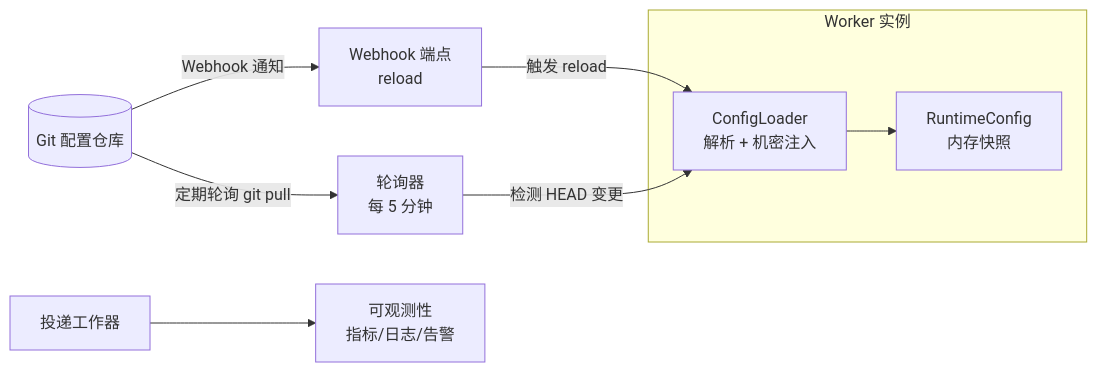
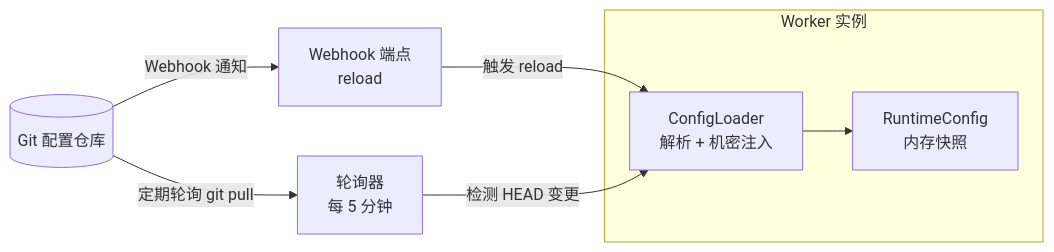
Before and after one commit to xnslong/rc_xnslong: diagram 12 of 20 in doc/requirements/202605-notification-design-hld.md, drawn with Mermaid. The commit also changed other lines of this file and 27 other files, not shown here.

````diff
--- a/doc/requirements/202605-notification-design-hld.md
+++ b/doc/requirements/202605-notification-design-hld.md
@@ -574,16 +627,16 @@
 ```mermaid
 flowchart LR
     GIT[(Git 配置仓库)] -->|Webhook 通知| WEB[Webhook 端点<br/>reload]
     GIT -->|定期轮询 git pull| POLL[轮询器<br/>每 5 分钟]
 
     subgraph INST[Worker 实例]
         LOAD[ConfigLoader<br/>解析 + 机密注入]
         CACHE[RuntimeConfig<br/>内存快照]
         LOAD --> CACHE
     end
 
     WEB -->|触发 reload| LOAD
     POLL -->|检测 HEAD 变更| LOAD
 
-    WK[投递工作器] --> OBS[可观测性<br/>指标/日志/告警]
+
 ```
````
